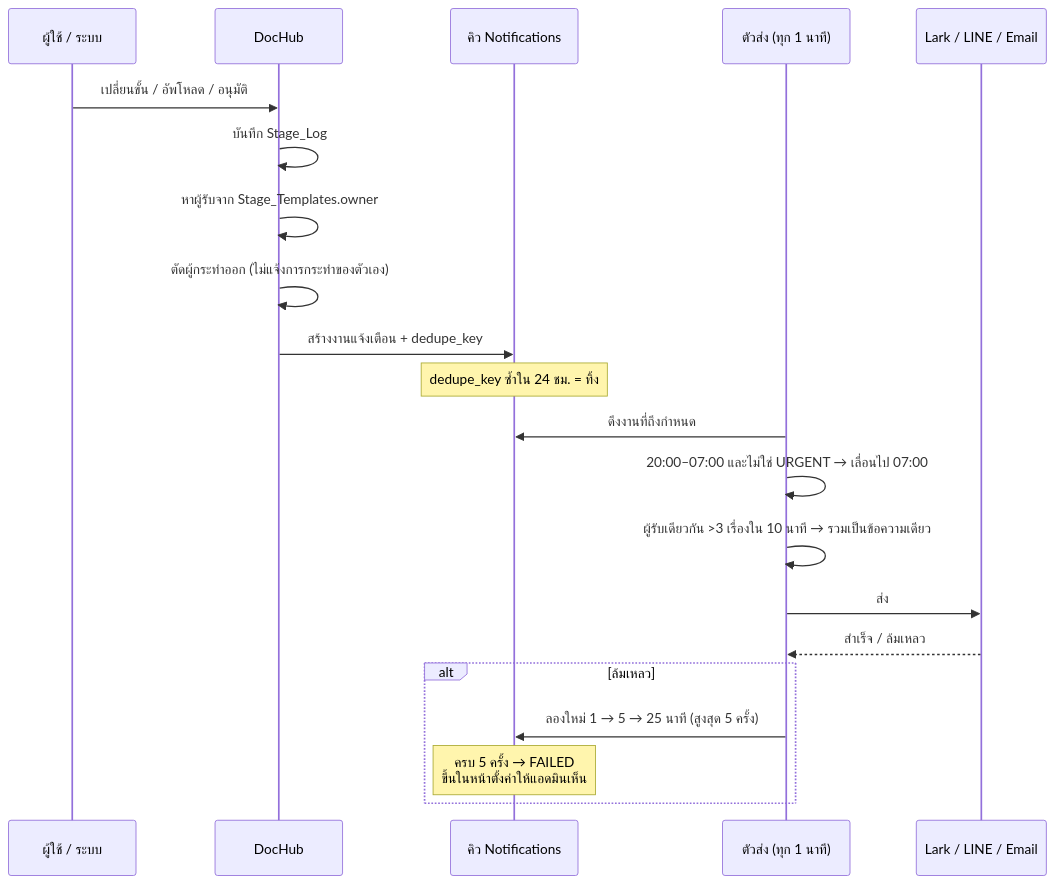
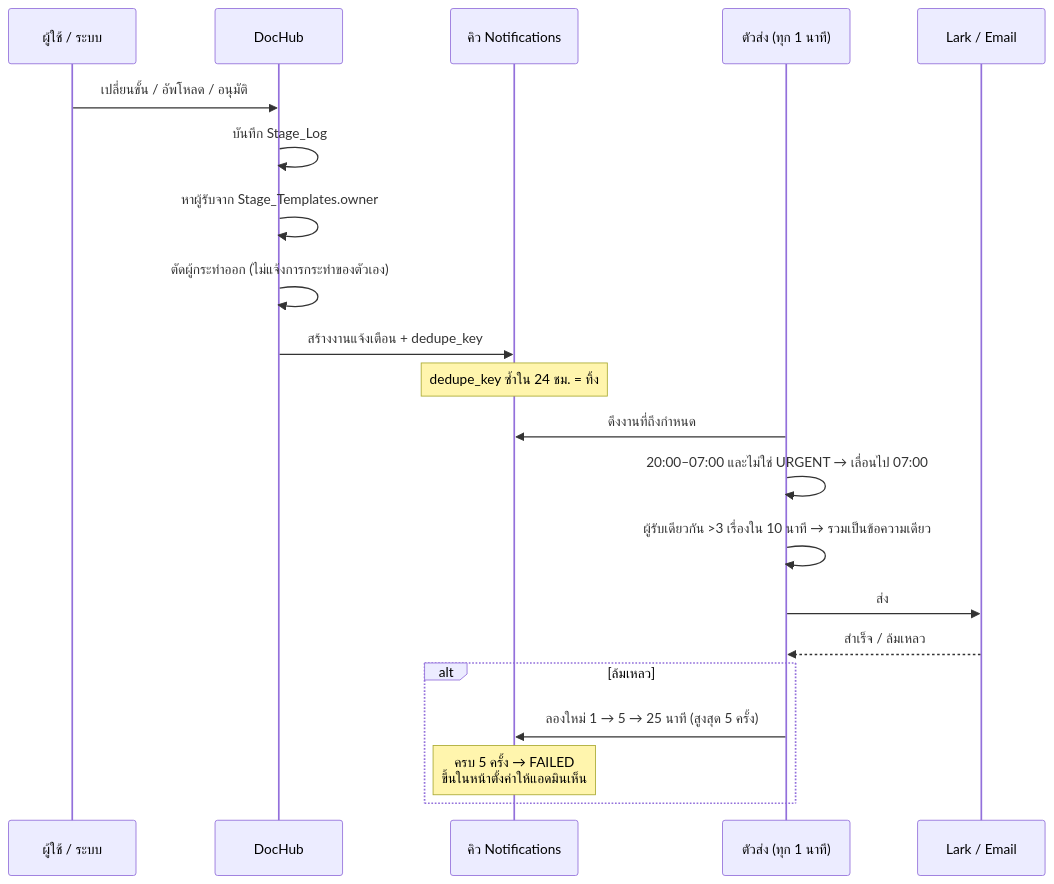
The third of 4 diagrams in docs/07-system-blueprint.md (phkhanittha-aon/PU-ACC), drawn with Mermaid before and after one commit. The commit also changed other lines of this file and 3 other files, not shown here.

````diff
--- a/docs/07-system-blueprint.md
+++ b/docs/07-system-blueprint.md
@@ -364,25 +394,25 @@
 ```mermaid
 sequenceDiagram
   participant U as ผู้ใช้ / ระบบ
   participant APP as DocHub
   participant Q as คิว Notifications
   participant T as ตัวส่ง (ทุก 1 นาที)
-  participant CH as Lark / LINE / Email
+  participant CH as Lark / Email
 
   U->>APP: เปลี่ยนขั้น / อัพโหลด / อนุมัติ
   APP->>APP: บันทึก Stage_Log
   APP->>APP: หาผู้รับจาก Stage_Templates.owner
   APP->>APP: ตัดผู้กระทำออก (ไม่แจ้งการกระทำของตัวเอง)
   APP->>Q: สร้างงานแจ้งเตือน + dedupe_key
   Note over Q: dedupe_key ซ้ำใน 24 ชม. = ทิ้ง
 
   T->>Q: ดึงงานที่ถึงกำหนด
   T->>T: 20:00–07:00 และไม่ใช่ URGENT → เลื่อนไป 07:00
   T->>T: ผู้รับเดียวกัน >3 เรื่องใน 10 นาที → รวมเป็นข้อความเดียว
   T->>CH: ส่ง
   CH-->>T: สำเร็จ / ล้มเหลว
   alt ล้มเหลว
     T->>Q: ลองใหม่ 1 → 5 → 25 นาที (สูงสุด 5 ครั้ง)
     Note over Q: ครบ 5 ครั้ง → FAILED<br/>ขึ้นในหน้าตั้งค่าให้แอดมินเห็น
   end
 ```
````
